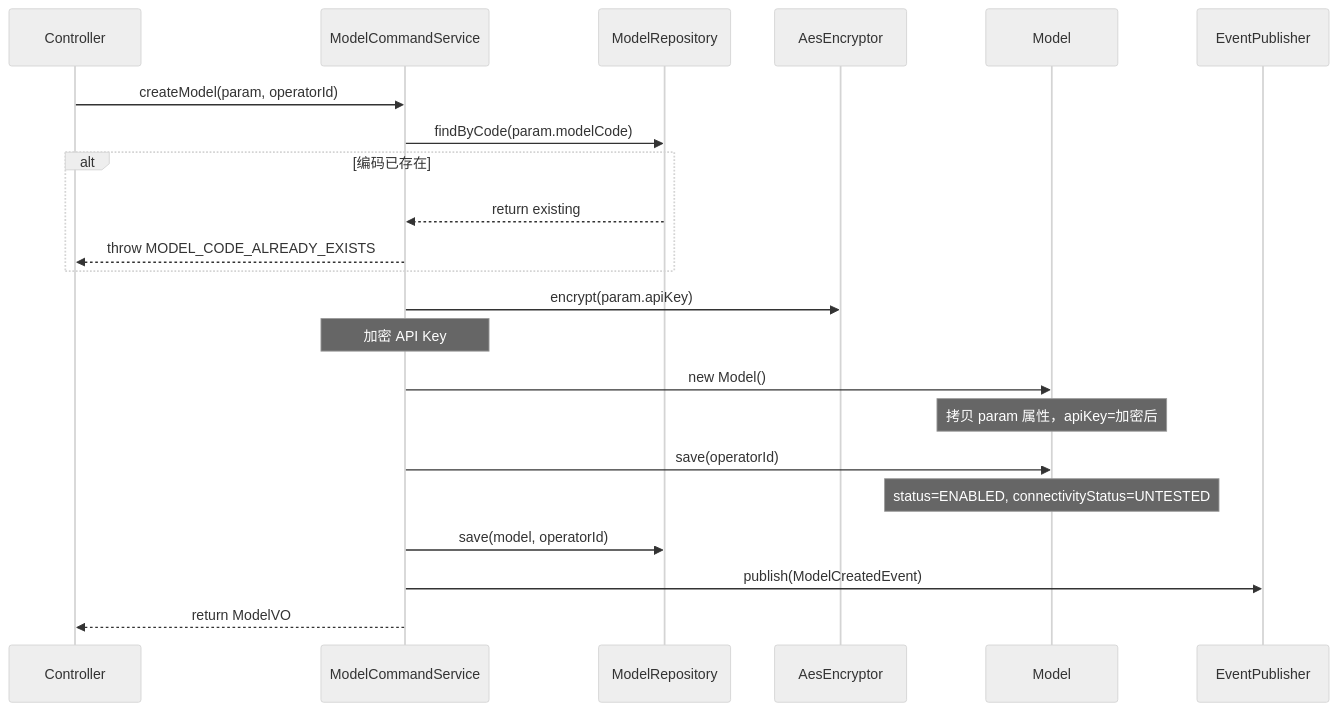
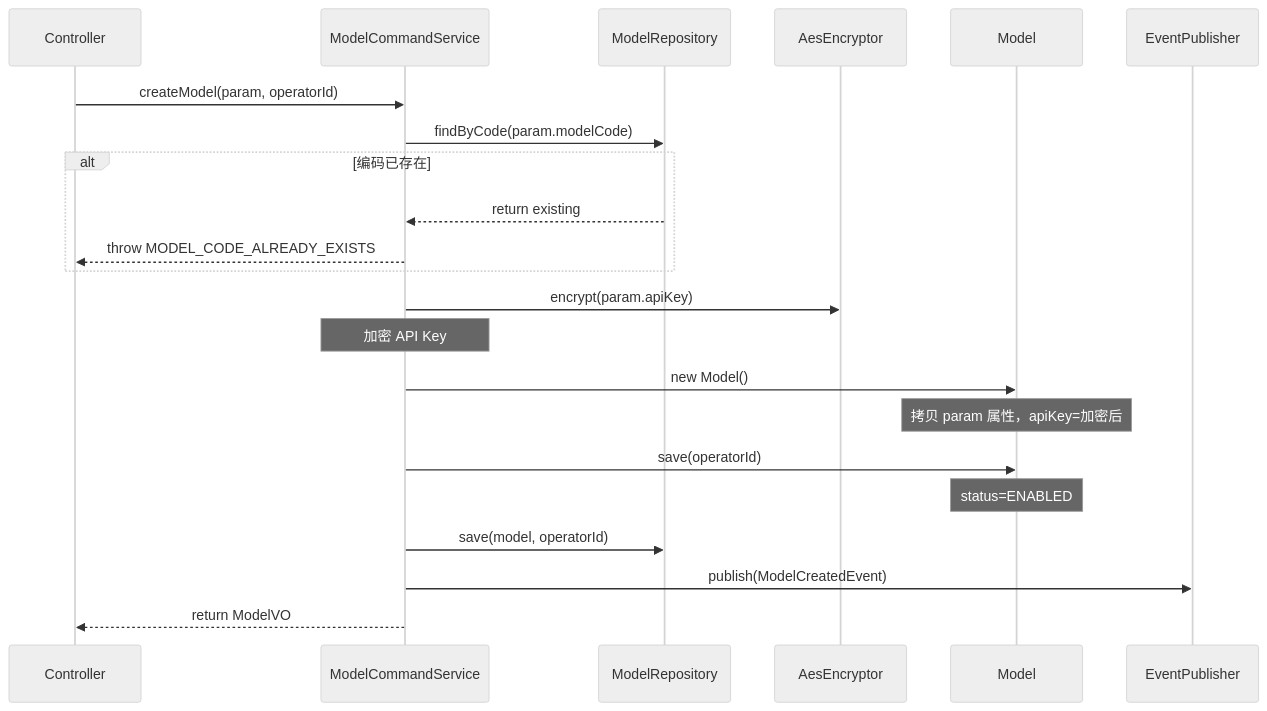
One commit to garry-wjl/GAgentManager changed the sixth of 21 diagrams in doc/技术方案/2026-05-15_模型管理-技术方案.md. Above: the diagram before and after it, drawn with Mermaid (neutral theme). The commit also changed other lines of this file and 14 other files, not shown here.

````diff
--- a/doc/技术方案/2026-05-15_模型管理-技术方案.md
+++ b/doc/技术方案/2026-05-15_模型管理-技术方案.md
@@ -309,25 +258,25 @@
 ```mermaid
 sequenceDiagram
     participant Ctrl as Controller
     participant Svc as ModelCommandService
     participant Repo as ModelRepository
     participant AE as AesEncryptor
     participant M as Model
     participant EP as EventPublisher
 
     Ctrl->>Svc: createModel(param, operatorId)
     Svc->>Repo: findByCode(param.modelCode)
     alt 编码已存在
         Repo-->>Svc: return existing
         Svc-->>Ctrl: throw MODEL_CODE_ALREADY_EXISTS
     end
     Svc->>AE: encrypt(param.apiKey)
     Note over Svc: 加密 API Key
     Svc->>M: new Model()
     Note over M: 拷贝 param 属性，apiKey=加密后
     Svc->>M: save(operatorId)
-    Note over M: status=ENABLED, connectivityStatus=UNTESTED
+    Note over M: status=ENABLED
     Svc->>Repo: save(model, operatorId)
     Svc->>EP: publish(ModelCreatedEvent)
     Svc-->>Ctrl: return ModelVO
 ```
````
